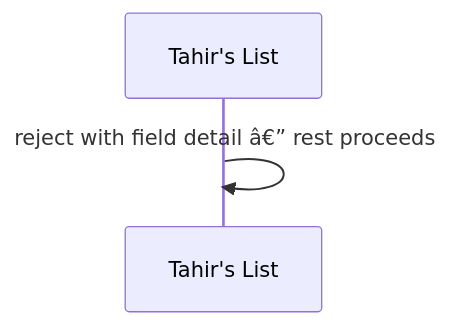
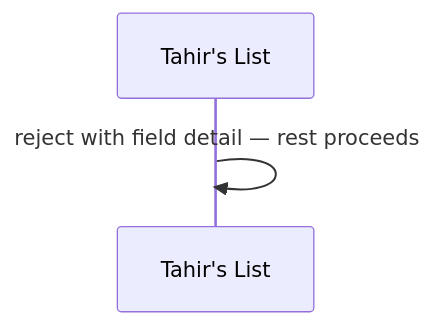
Before and after one commit to Losers-Lab/tahirs-list: the fourth of 6 diagrams in docs/features/SC-211/04-blackbox/UC-02-compile-cited-manual-batch.md, drawn with Mermaid. The commit also changed other lines of this file and 12 other files, not shown here.

````diff
--- a/docs/features/SC-211/04-blackbox/UC-02-compile-cited-manual-batch.md
+++ b/docs/features/SC-211/04-blackbox/UC-02-compile-cited-manual-batch.md
@@ -42,5 +42,5 @@
 ```mermaid
 sequenceDiagram
   participant TL as Tahir's List
-  TL->>TL: reject with field detail â€” rest proceeds
+  TL->>TL: reject with field detail — rest proceeds
 ```
````
